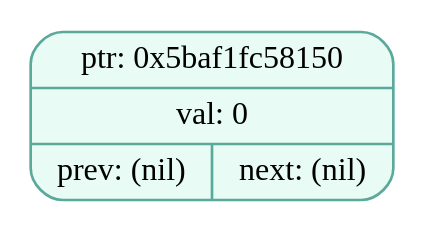
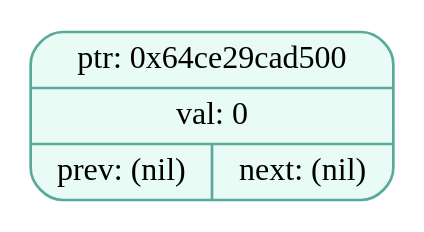
The diagram in dumps/tree_dump_005.dot (EvilTomato9890/Difference), drawn with Graphviz before and after one commit. The commit also changed 44 other files, not shown here.

```diff
--- a/dumps/tree_dump_005.dot
+++ b/dumps/tree_dump_005.dot
@@ -1,5 +1,5 @@
 digraph T{
   node [fontname="Fira Mono",shape=record,style="filled,rounded",fontsize=12];
   graph [splines=true, nodesep=0.6, ranksep=0.6];
-  node_0x5baf1fc58150[shape=record,label="{ {ptr: 0x5baf1fc58150} | {val: 0} | { prev: (nil) | next: (nil) } }",color="#5aa99b",fillcolor="#e9fbf5"];
+  node_0x64ce29cad500[shape=record,label="{ {ptr: 0x64ce29cad500} | {val: 0} | { prev: (nil) | next: (nil) } }",color="#5aa99b",fillcolor="#e9fbf5"];
 }
```
